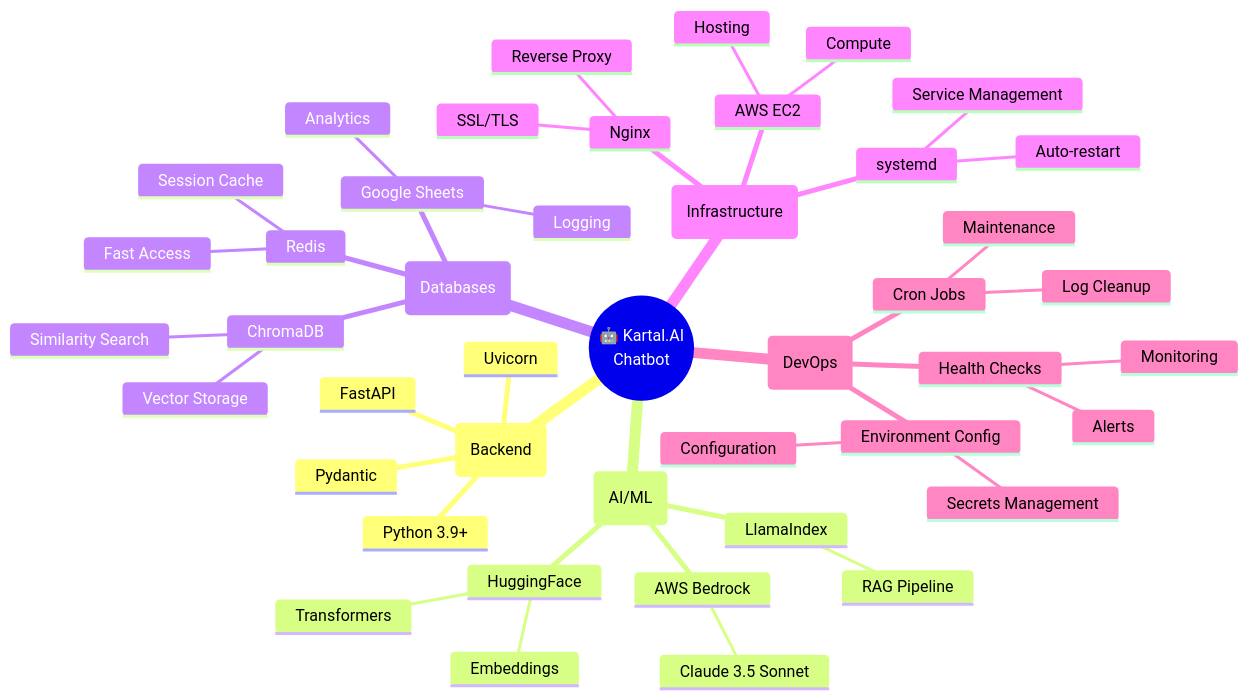
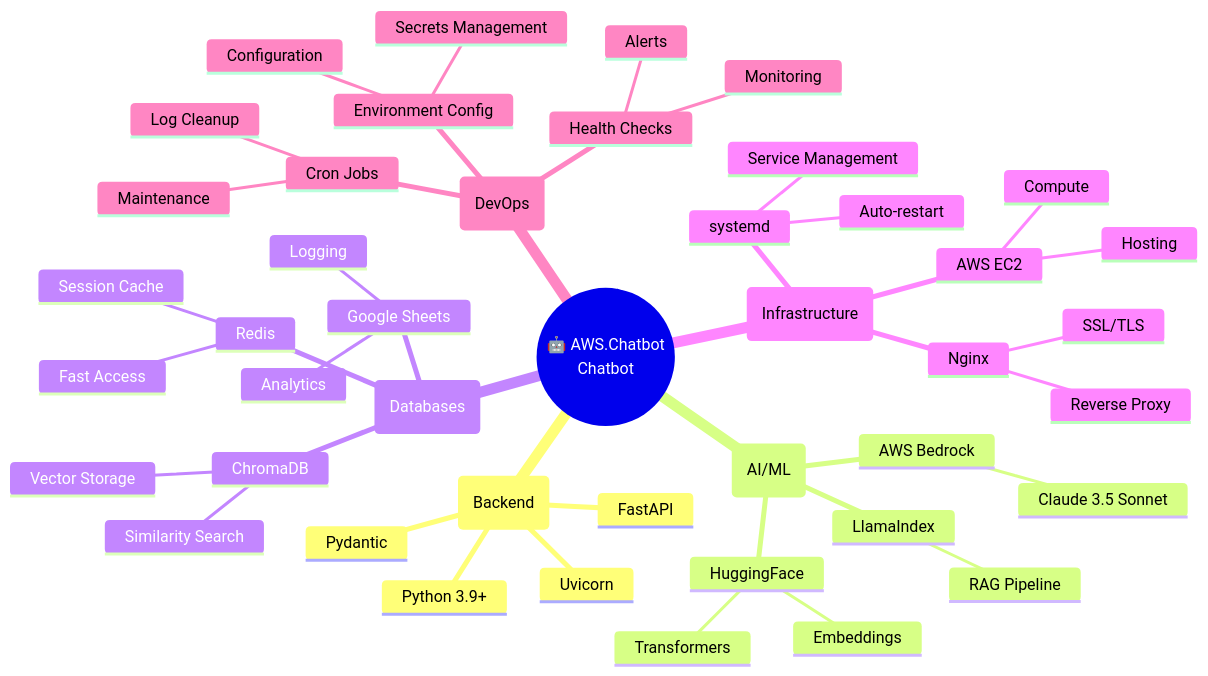
Before and after one commit to bahadirciloglu/AWS.EC2.Chatboot: the fifth of 14 diagrams in mermaid_diagrams.md, drawn with Mermaid. The commit also changed other lines of this file and 35 other files, not shown here.

First line of the commit message:
Rebrand: Kartal.AI → AWS.Chatbot

````diff
--- a/mermaid_diagrams.md
+++ b/mermaid_diagrams.md
@@ -175,47 +175,47 @@
 ```mermaid
 mindmap
-  root((🤖 Kartal.AI<br/>Chatbot))
+  root((🤖 AWS.Chatbot<br/>Chatbot))
     (Backend)
       FastAPI
       Python 3.9+
       Uvicorn
       Pydantic
     (AI/ML)
       AWS Bedrock
         Claude 3.5 Sonnet
       LlamaIndex
         RAG Pipeline
       HuggingFace
         Transformers
         Embeddings
     (Databases)
       ChromaDB
         Vector Storage
         Similarity Search
       Redis
         Session Cache
         Fast Access
       Google Sheets
         Analytics
         Logging
     (Infrastructure)
       AWS EC2
         Compute
         Hosting
       Nginx
         Reverse Proxy
         SSL/TLS
       systemd
         Service Management
         Auto-restart
     (DevOps)
       Cron Jobs
         Log Cleanup
         Maintenance
       Health Checks
         Monitoring
         Alerts
       Environment Config
         Secrets Management
         Configuration
 ```
````
